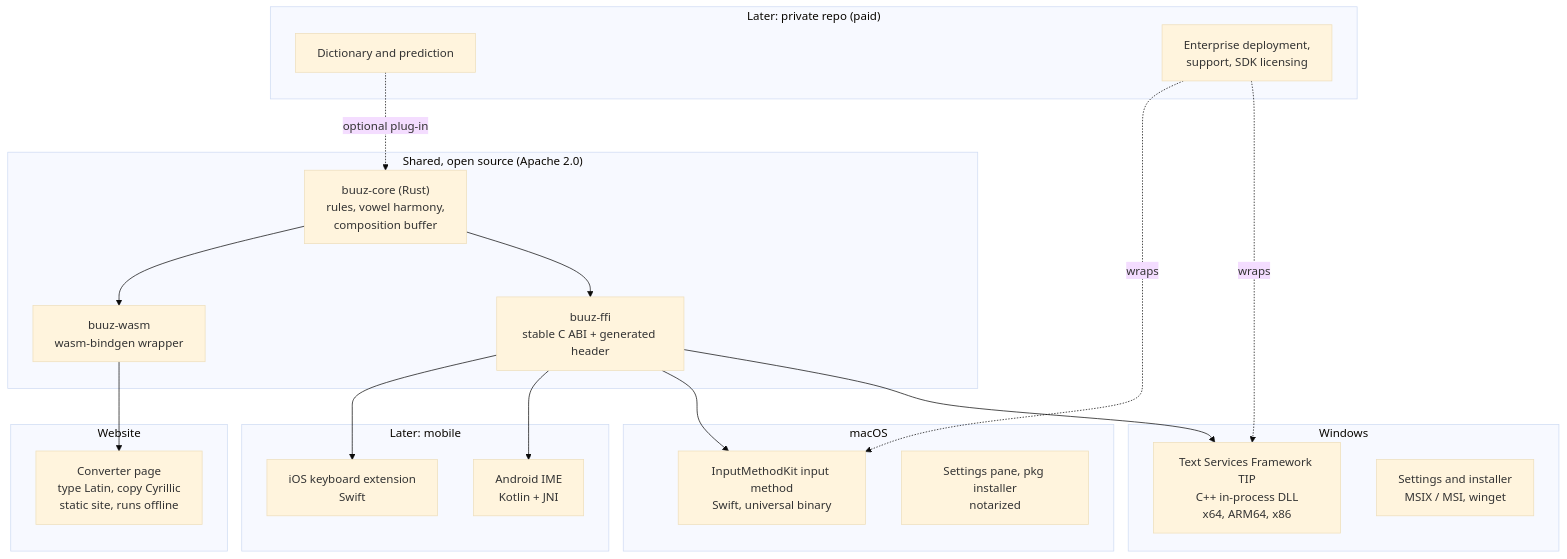
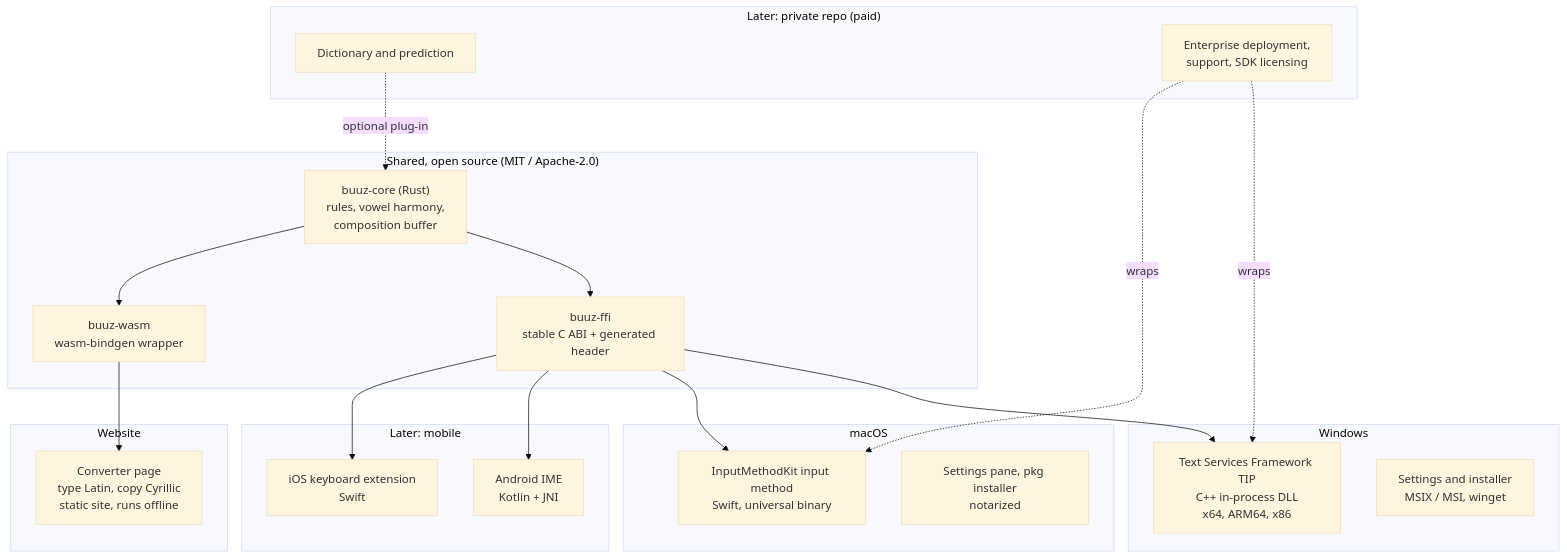
Before and after one commit to TengisCh/buuz: the first of 4 diagrams in docs/architecture.md, drawn with Mermaid (base theme). The commit also changed other lines of this file and 21 other files, not shown here.

First line of the commit message:
Fix architecture diagram, add docs lint CI, dual-license new code

````diff
--- a/docs/architecture.md
+++ b/docs/architecture.md
@@ -71,43 +71,43 @@
 ```mermaid
 flowchart TB
-    subgraph Shared["Shared, open source (Apache 2.0)"]
+    subgraph Shared["Shared, open source (MIT / Apache-2.0)"]
         CORE["buuz-core (Rust)<br/>rules, vowel harmony,<br/>composition buffer"]
         FFI["buuz-ffi<br/>stable C ABI + generated header"]
         WASM["buuz-wasm<br/>wasm-bindgen wrapper"]
         CORE --> FFI
         CORE --> WASM
     end
 
     subgraph Win["Windows"]
         TSF["Text Services Framework TIP<br/>C++ in-process DLL<br/>x64, ARM64, x86"]
         WINSET["Settings and installer<br/>MSIX / MSI, winget"]
     end
 
     subgraph Mac["macOS"]
         IMK["InputMethodKit input method<br/>Swift, universal binary"]
         MACSET["Settings pane, pkg installer<br/>notarized"]
     end
 
     subgraph Web["Website"]
         CONV["Converter page<br/>type Latin, copy Cyrillic<br/>static site, runs offline"]
     end
 
     subgraph Mobile["Later: mobile"]
         AND["Android IME<br/>Kotlin + JNI"]
         IOS["iOS keyboard extension<br/>Swift"]
     end
 
     subgraph Paid["Later: private repo (paid)"]
         DICT["Dictionary and prediction"]
         ENT["Enterprise deployment,<br/>support, SDK licensing"]
     end
 
     FFI --> TSF
     FFI --> IMK
     FFI --> AND
     FFI --> IOS
     WASM --> CONV
     DICT -.optional plug-in.-> CORE
     ENT -.wraps.-> TSF
     ENT -.wraps.-> IMK
 ```
````
